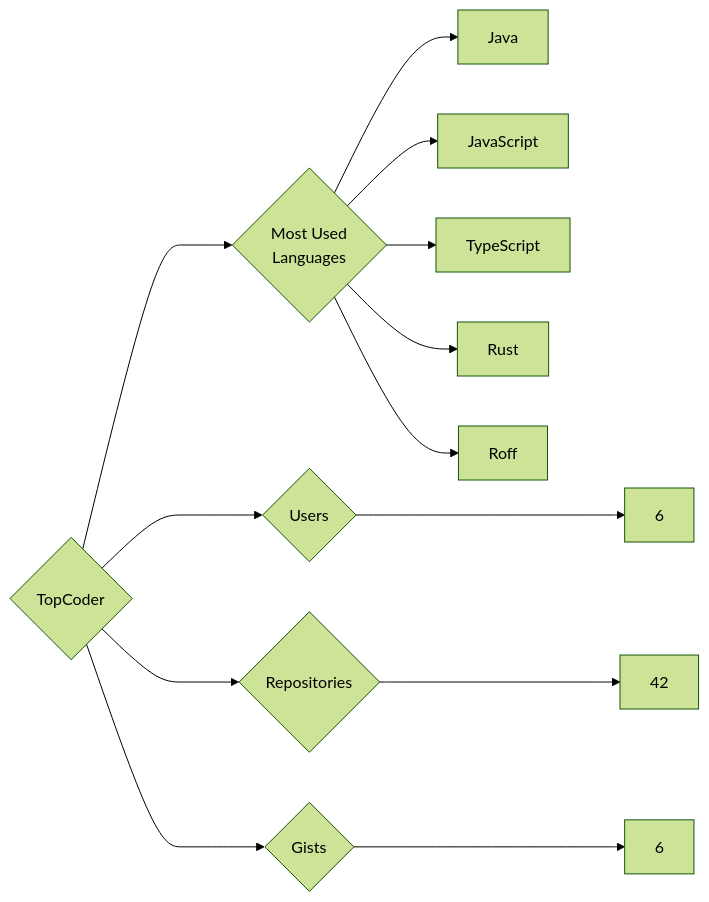
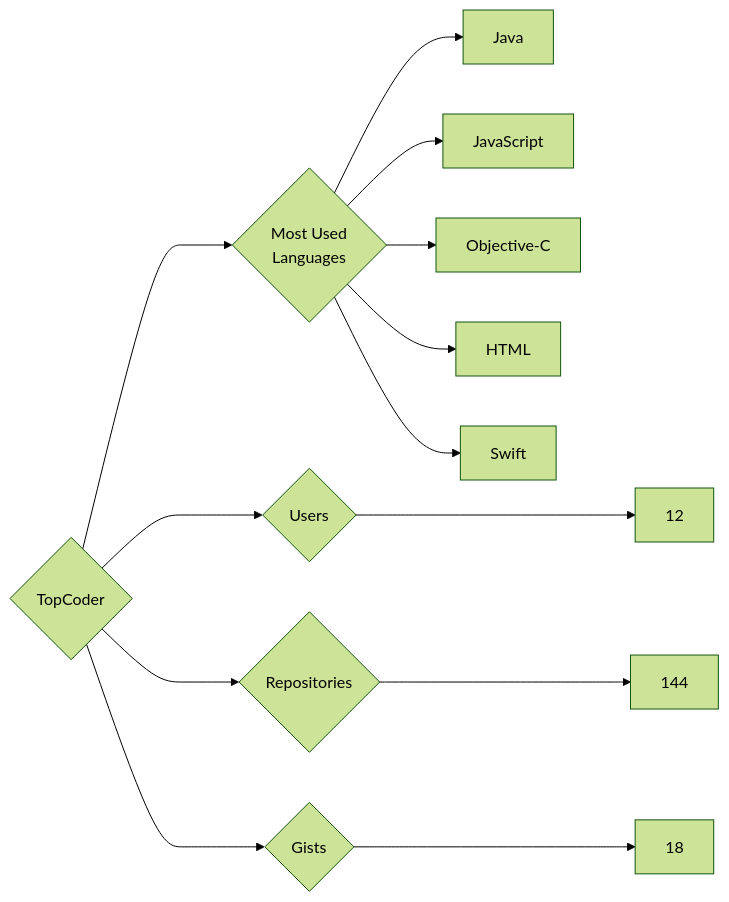
The diagram in targets/TopCoder/README.md (trickest/insiders), drawn with Mermaid (forest theme) before and after one commit. The commit also changed 1011 other files, not shown here.

````diff
--- a/targets/TopCoder/README.md
+++ b/targets/TopCoder/README.md
@@ -3,13 +3,13 @@
 ```mermaid
 graph LR
 COMPANY_NAME{TopCoder}
-COMPANY_NAME ---> U{Users} ---> UN[6]
-COMPANY_NAME ---> R{Repositories} ---> RN[42]
-COMPANY_NAME ---> G{Gists} ---> GN[6]
+COMPANY_NAME ---> U{Users} ---> UN[12]
+COMPANY_NAME ---> R{Repositories} ---> RN[144]
+COMPANY_NAME ---> G{Gists} ---> GN[18]
 COMPANY_NAME ---> ML{Most Used<br>Languages}
 ML --> Java[Java]
 ML --> JavaScript[JavaScript]
-ML --> TypeScript[TypeScript]
-ML --> Rust[Rust]
-ML --> Roff[Roff]
+ML --> Objective-C[Objective-C]
+ML --> HTML[HTML]
+ML --> Swift[Swift]
 ```
````
